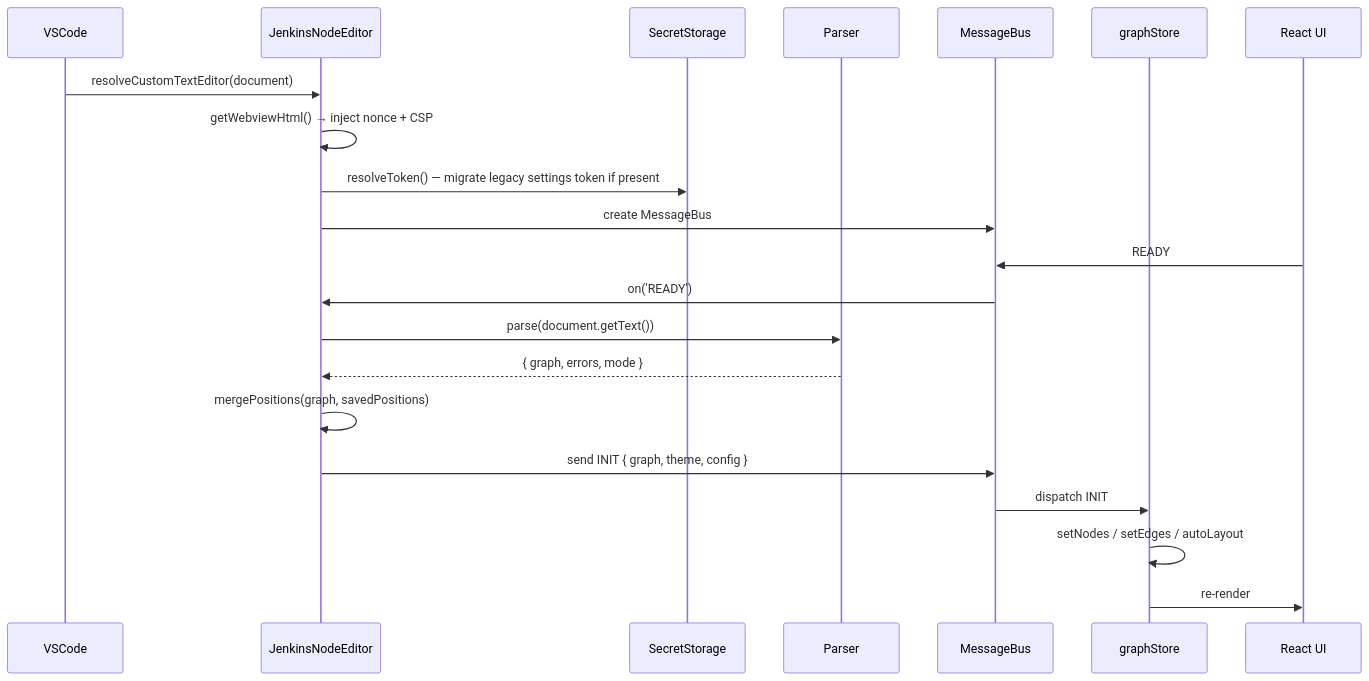
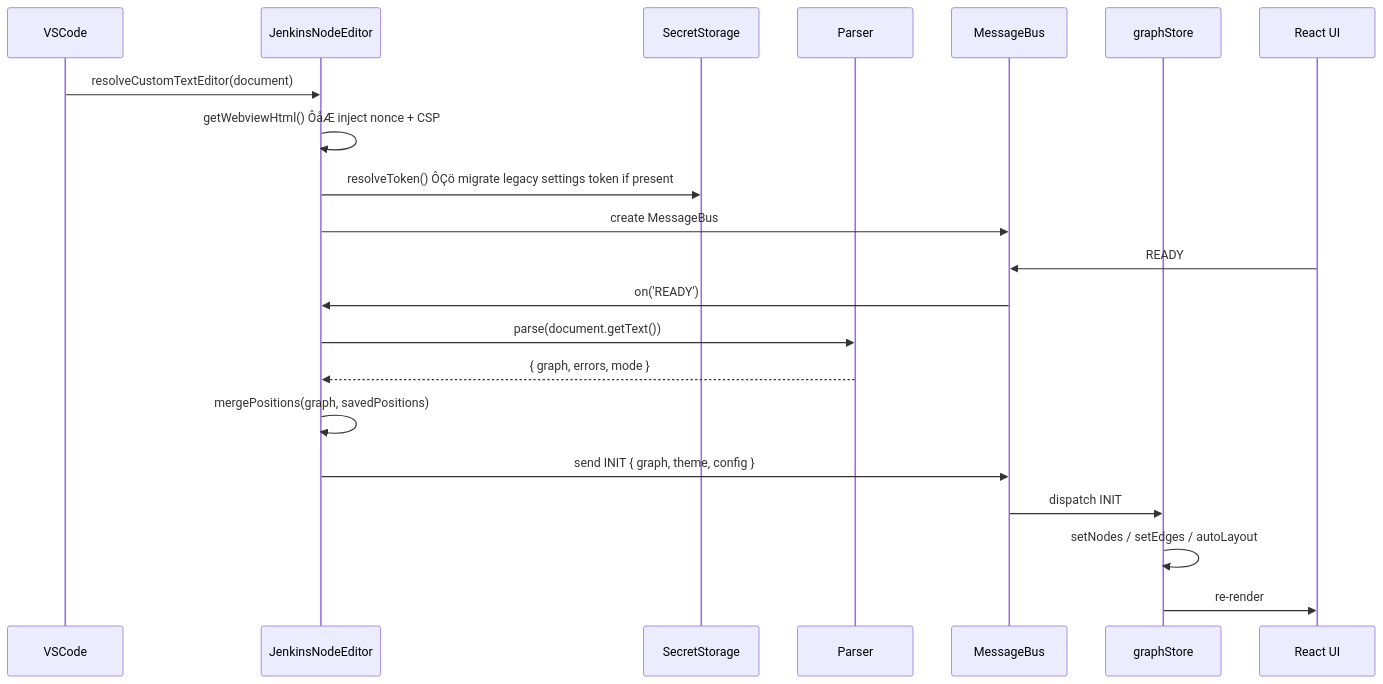
The second of 5 diagrams in README.md (PlanesZwalker/vscode-jenkins-node-editor), drawn with Mermaid before and after one commit. The commit also changed other lines of this file and 1 other file, not shown here.

````diff
--- a/README.md
+++ b/README.md
@@ -158,24 +158,24 @@
 ```mermaid
 sequenceDiagram
     participant VSCode
     participant JNE as JenkinsNodeEditor
     participant Secrets as SecretStorage
     participant Parser
     participant Bus as MessageBus
     participant Store as graphStore
     participant UI as React UI
 
     VSCode->>JNE: resolveCustomTextEditor(document)
-    JNE->>JNE: getWebviewHtml() → inject nonce + CSP
-    JNE->>Secrets: resolveToken() — migrate legacy settings token if present
+    JNE->>JNE: getWebviewHtml() ÔåÆ inject nonce + CSP
+    JNE->>Secrets: resolveToken() ÔÇö migrate legacy settings token if present
     JNE->>Bus: create MessageBus
     UI->>Bus: READY
     Bus->>JNE: on('READY')
     JNE->>Parser: parse(document.getText())
     Parser-->>JNE: { graph, errors, mode }
     JNE->>JNE: mergePositions(graph, savedPositions)
     JNE->>Bus: send INIT { graph, theme, config }
     Bus->>Store: dispatch INIT
     Store->>Store: setNodes / setEdges / autoLayout
     Store->>UI: re-render
 ```
````
